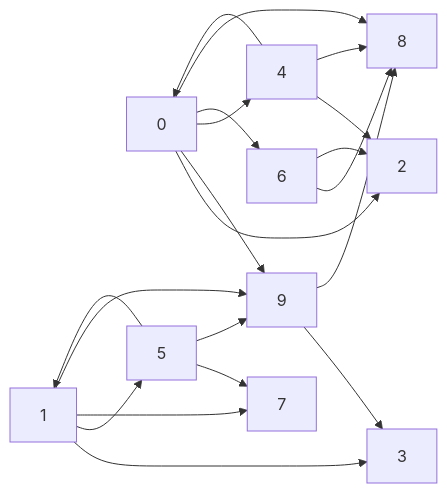
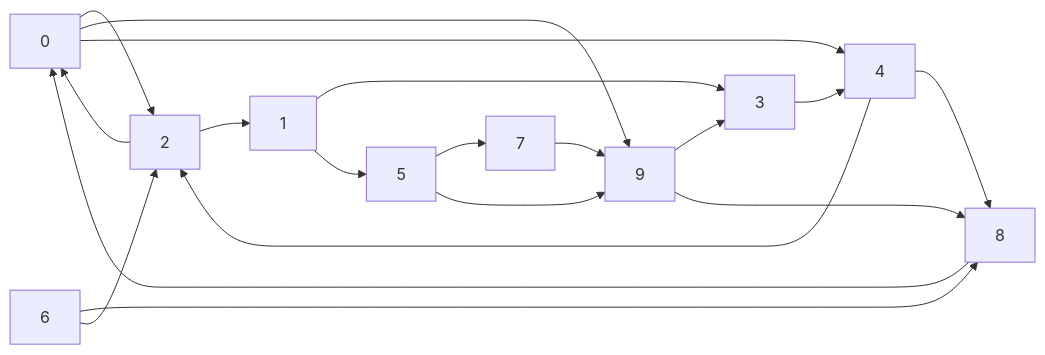
Before and after one commit to boddaert/nsi: the diagram in terminale/Structures_relationnelles_de_données/Exercices/Exercices_algorithmes_sur_les_graphes.md, drawn with Mermaid. The commit also changed other lines of this file and 2 other files, not shown here.

````diff
--- a/terminale/Structures_relationnelles_de_données/Exercices/Exercices_algorithmes_sur_les_graphes.md
+++ b/terminale/Structures_relationnelles_de_données/Exercices/Exercices_algorithmes_sur_les_graphes.md
@@ -5,22 +5,21 @@
 ```mermaid
     flowchart LR
         0 --> 2
         0 --> 9
         0 --> 4
-        0 --> 6
-        0 --> 8
         1 --> 3
         1 --> 5
-        1 --> 7
-        1 --> 9
-        4 --> 0
+        2 --> 0
+        2 --> 1
+        3 --> 4
         4 --> 2
         4 --> 8
-        5 --> 1
         5 --> 7
         5 --> 9
         6 --> 8
         6 --> 2
+        7 --> 9
+        8 --> 0
         9 --> 3
         9 --> 8
 ```
````
